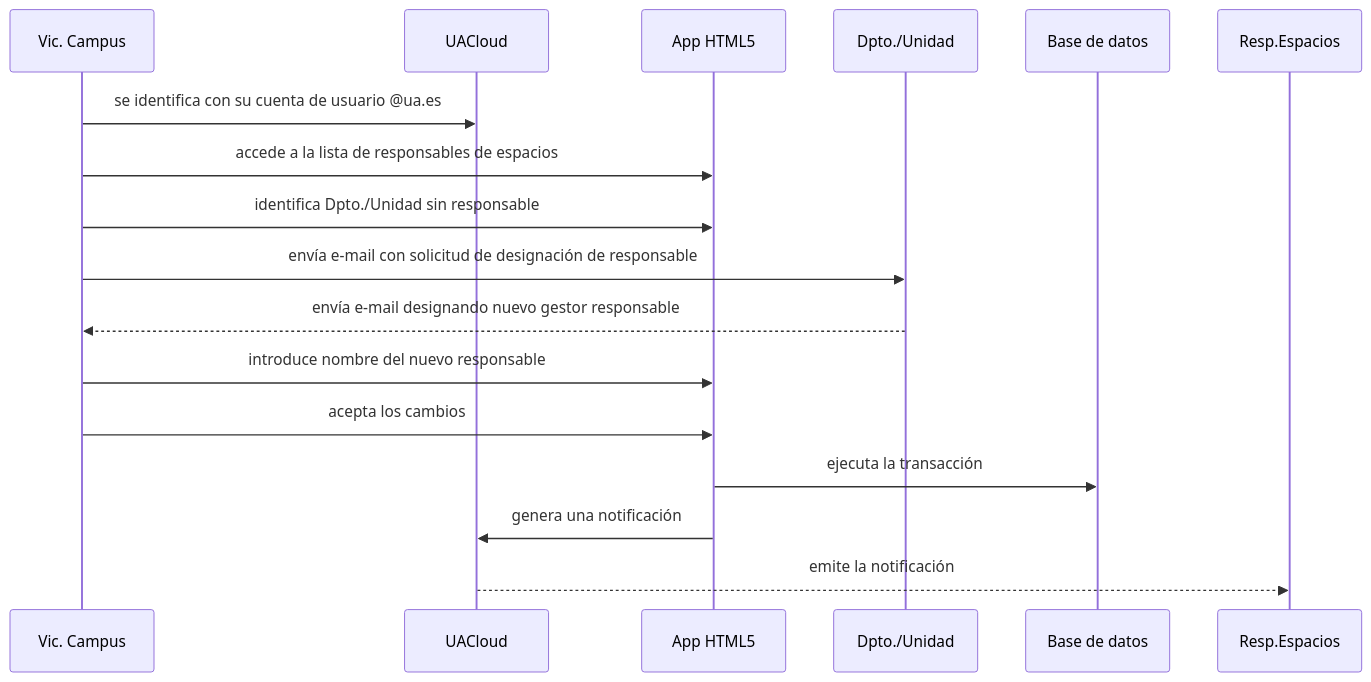
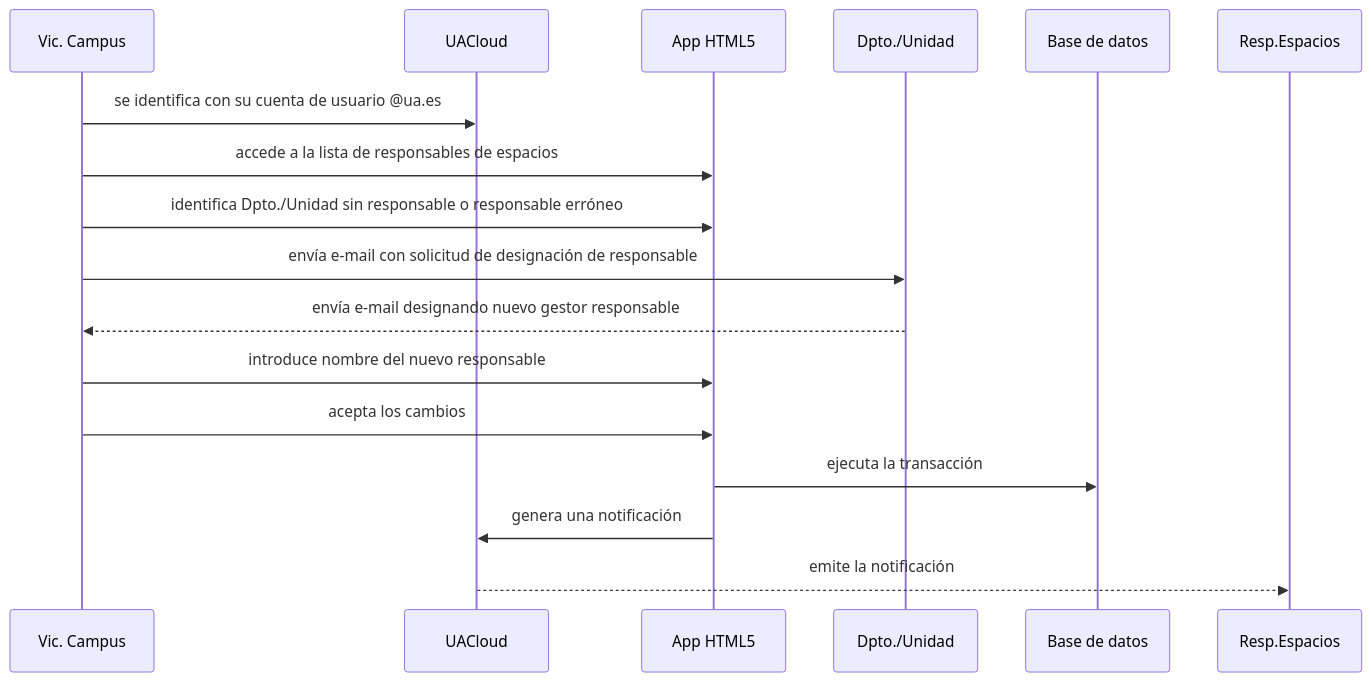
Before and after one commit to labgeo/ua-mods: the diagram in ds05-2.md, drawn with Mermaid.

```diff
--- a/ds05-2.md
+++ b/ds05-2.md
@@ -5,13 +5,13 @@
 {% mermaid %}
 sequenceDiagram;
   Vic. Campus->>UACloud: se identifica con su cuenta de usuario @ua.es;
   Vic. Campus->>App HTML5: accede a la lista de responsables de espacios;
-  Vic. Campus->>App HTML5: identifica Dpto./Unidad sin responsable;
+  Vic. Campus->>App HTML5: identifica Dpto./Unidad sin responsable o responsable erróneo;
   Vic. Campus->>Dpto./Unidad: envía e-mail con solicitud de designación de responsable;
   Dpto./Unidad-->>Vic. Campus: envía e-mail designando nuevo gestor responsable;
   Vic. Campus->>App HTML5: introduce nombre del nuevo responsable;
   Vic. Campus->>App HTML5: acepta los cambios;
   App HTML5->>Base de datos: ejecuta la transacción;
   App HTML5->>UACloud: genera una notificación;
   UACloud-->>Resp.Espacios: emite la notificación;
 {% endmermaid %}
```
